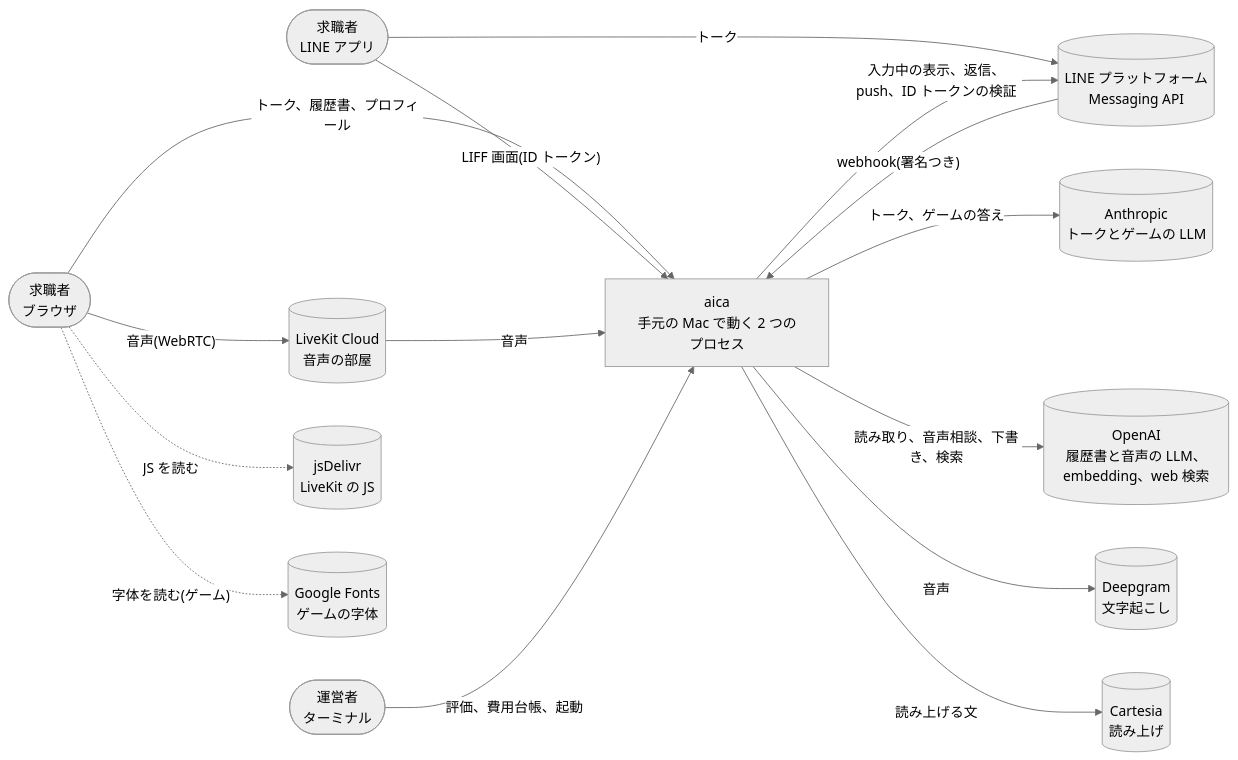
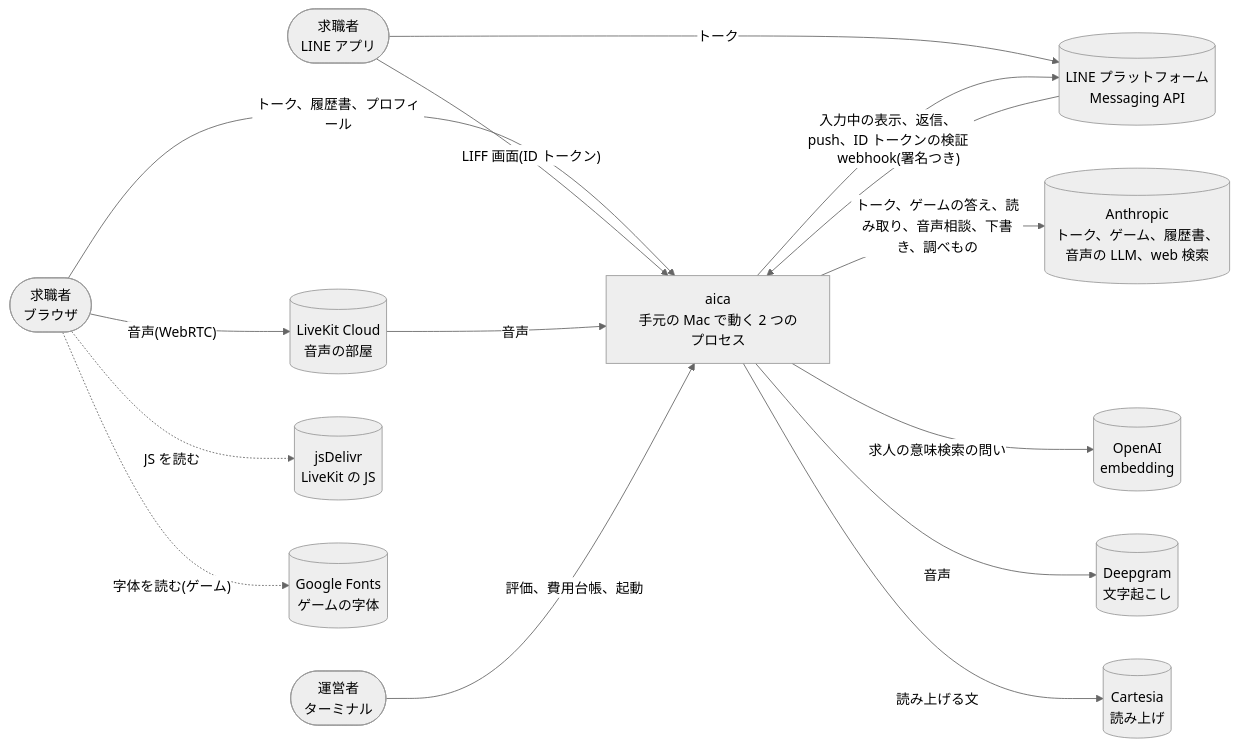
One commit to jyoka/aica changed the first of 15 diagrams in docs/architecture/hld.md. Above: the diagram before and after it, drawn with Mermaid (neutral theme). The commit also changed other lines of this file and 38 other files, not shown here.

````diff
--- a/docs/architecture/hld.md
+++ b/docs/architecture/hld.md
@@ -117,30 +117,30 @@
 ```mermaid
 flowchart LR
     seeker(["求職者<br/>ブラウザ"])
     lineu(["求職者<br/>LINE アプリ"])
     lineapi[("LINE プラットフォーム<br/>Messaging API")]
     op(["運営者<br/>ターミナル"])
     aica["aica<br/>手元の Mac で動く 2 つのプロセス"]
-    openai[("OpenAI<br/>履歴書と音声の LLM、embedding、web 検索")]
-    anthropic[("Anthropic<br/>トークとゲームの LLM")]
+    openai[("OpenAI<br/>embedding")]
+    anthropic[("Anthropic<br/>トーク、ゲーム、履歴書、音声の LLM、web 検索")]
     livekit[("LiveKit Cloud<br/>音声の部屋")]
     deepgram[("Deepgram<br/>文字起こし")]
     cartesia[("Cartesia<br/>読み上げ")]
     cdn[("jsDelivr<br/>LiveKit の JS")]
     fonts[("Google Fonts<br/>ゲームの字体")]
 
     seeker -- "トーク、履歴書、プロフィール" --> aica
     lineu -- "トーク" --> lineapi
     lineu -- "LIFF 画面(ID トークン)" --> aica
     lineapi -- "webhook(署名つき)" --> aica
     aica -- "入力中の表示、返信、push、ID トークンの検証" --> lineapi
     seeker -- "音声(WebRTC)" --> livekit
     seeker -. "JS を読む" .-> cdn
     seeker -. "字体を読む(ゲーム)" .-> fonts
     livekit -- "音声" --> aica
     op -- "評価、費用台帳、起動" --> aica
-    aica -- "トーク、ゲームの答え" --> anthropic
-    aica -- "読み取り、音声相談、下書き、検索" --> openai
+    aica -- "トーク、ゲームの答え、読み取り、音声相談、下書き、調べもの" --> anthropic
+    aica -- "求人の意味検索の問い" --> openai
     aica -- "音声" --> deepgram
     aica -- "読み上げる文" --> cartesia
 ```
````
